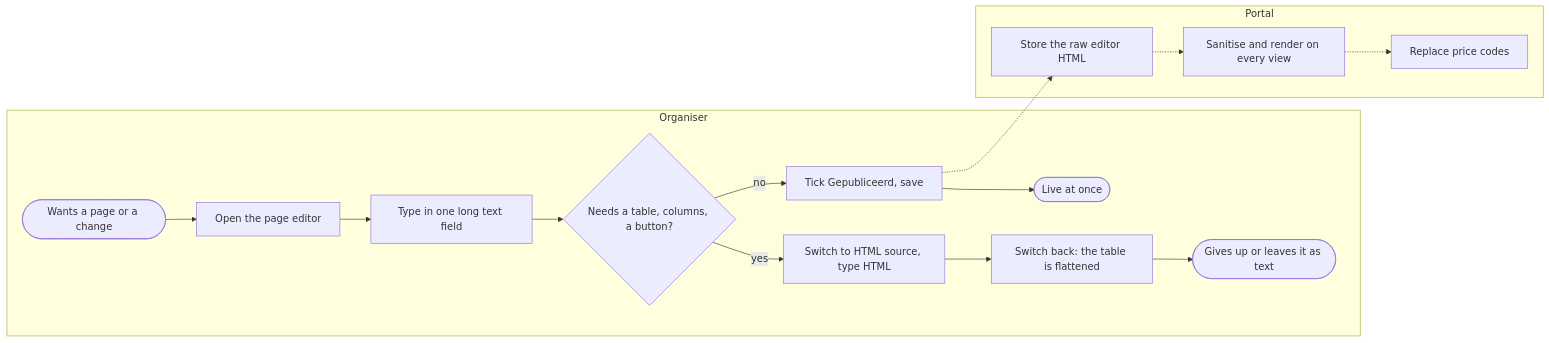
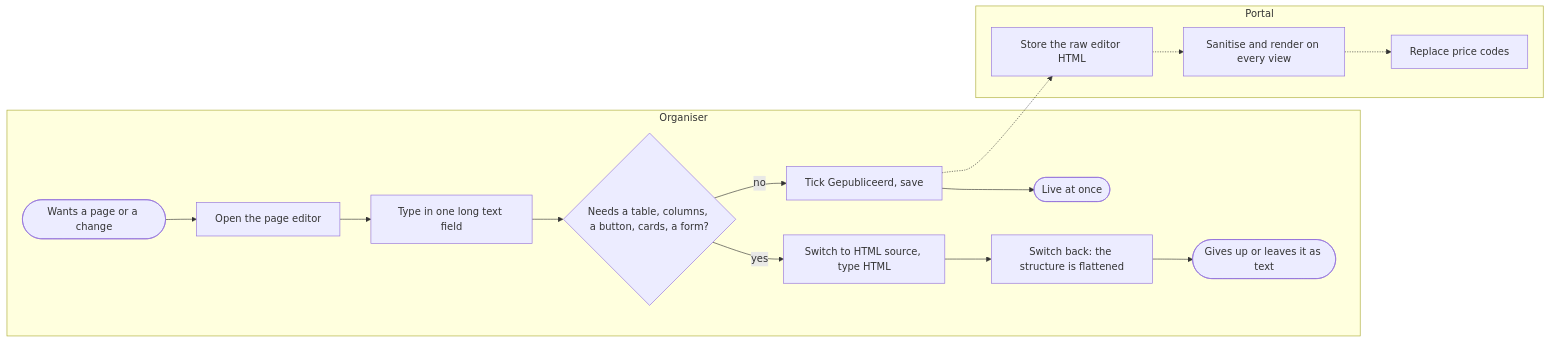
The first of 5 diagrams in docs/change_request_17_web_content.md (KoenRenders/KoenTest), drawn with Mermaid before and after one commit. The commit also changed other lines of this file, not shown here.

````diff
--- a/docs/change_request_17_web_content.md
+++ b/docs/change_request_17_web_content.md
@@ -25,21 +25,21 @@
 ```mermaid
 flowchart LR
   subgraph O[Organiser]
     o1([Wants a page or a change]) --> o2[Open the page editor]
     o2 --> o3[Type in one long text field]
-    o3 --> o4{Needs a table, columns, a button?}
+    o3 --> o4{Needs a table, columns, a button, cards, a form?}
     o4 -- yes --> o5[Switch to HTML source, type HTML]
-    o5 --> o6[Switch back: the table is flattened]
+    o5 --> o6[Switch back: the structure is flattened]
     o6 --> o7([Gives up or leaves it as text])
     o4 -- no --> o8[Tick Gepubliceerd, save]
     o8 --> o9([Live at once])
   end
   subgraph P[Portal]
     p1[Store the raw editor HTML]
     p2[Sanitise and render on every view]
     p3[Replace price codes]
   end
   o8 -.-> p1
   p1 -.-> p2
   p2 -.-> p3
 ```
````
